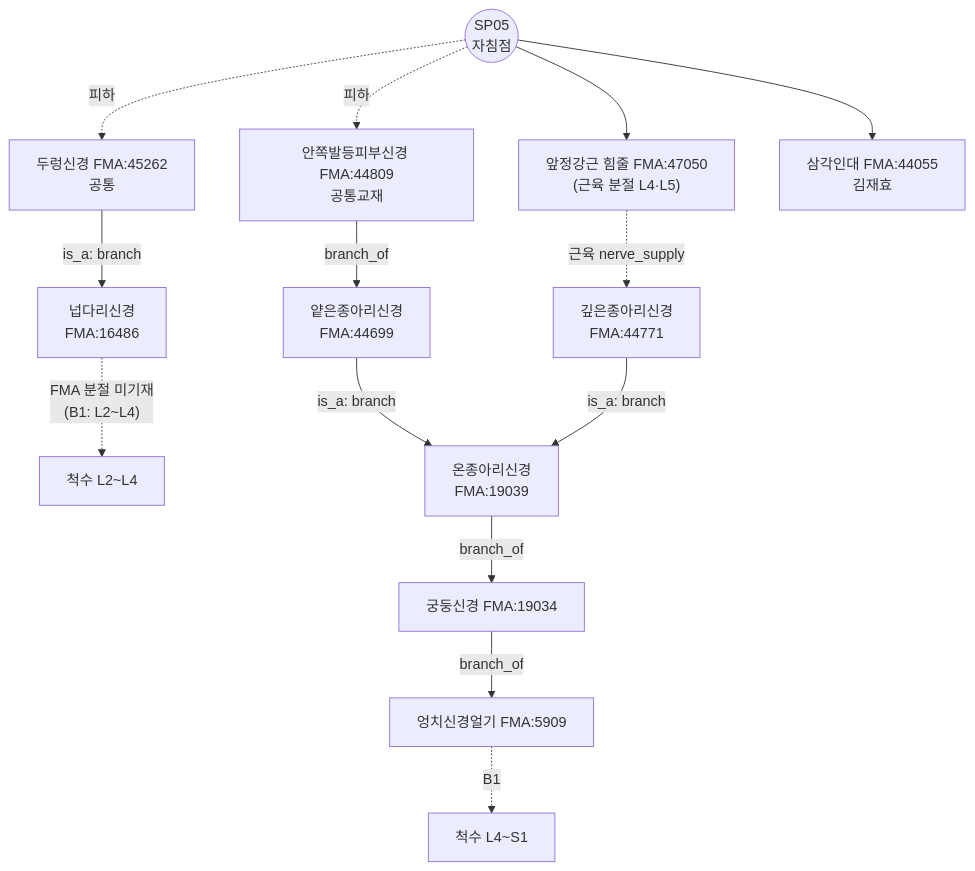
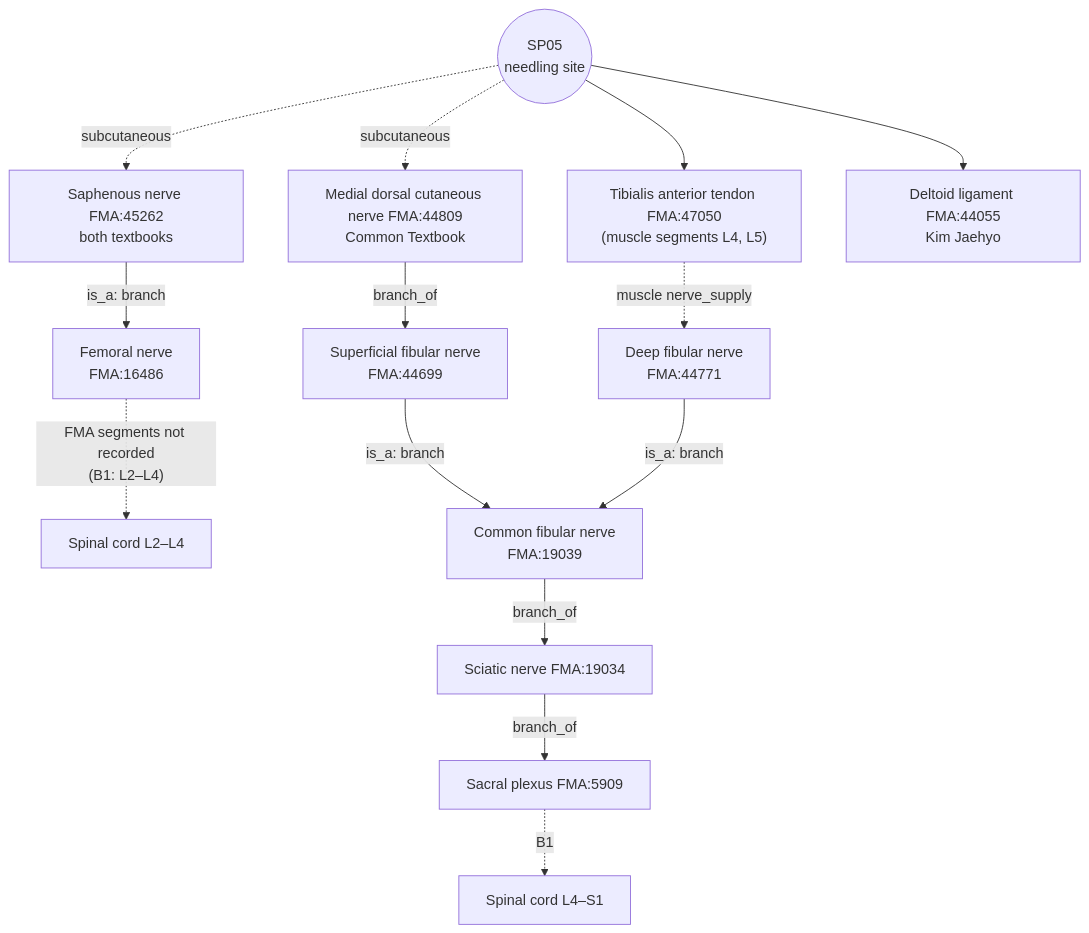
Before and after one commit to jaehyokim-sketch/acupoint_anatomy: the diagram in 01_경혈별_해부생리_분석보고서/SP_족태음비경/SP05_상구/SP05_상구_해부생리_실체판명_보고서_en.md, drawn with Mermaid. The commit also changed other lines of this file and 199 other files, not shown here.

````diff
--- a/01_경혈별_해부생리_분석보고서/SP_족태음비경/SP05_상구/SP05_상구_해부생리_실체판명_보고서_en.md
+++ b/01_경혈별_해부생리_분석보고서/SP_족태음비경/SP05_상구/SP05_상구_해부생리_실체판명_보고서_en.md
@@ -154,16 +155,16 @@
 ```mermaid
 flowchart TB
-  P(("SP05<br/>자침점")) -.피하.-> SAPH["두렁신경 FMA:45262<br/>공통"]
-  P -.피하.-> MDC["안쪽발등피부신경 FMA:44809<br/>공통교재"]
-  P --> TAT["앞정강근 힘줄 FMA:47050<br/>(근육 분절 L4·L5)"]
-  P --> DEL["삼각인대 FMA:44055<br/>김재효"]
-  SAPH -- "is_a: branch" --> FEM["넙다리신경<br/>FMA:16486"]
-  FEM -. "FMA 분절 미기재<br/>(B1: L2~L4)" .-> SEGA["척수 L2~L4"]
-  MDC -- "branch_of" --> SFN["얕은종아리신경<br/>FMA:44699"]
-  SFN -- "is_a: branch" --> CFN["온종아리신경<br/>FMA:19039"]
-  CFN -- branch_of --> SCI["궁둥신경 FMA:19034"]
-  SCI -- branch_of --> SAC["엉치신경얼기 FMA:5909"]
-  TAT -. "근육 nerve_supply" .-> DFN["깊은종아리신경<br/>FMA:44771"]
+  P(("SP05<br/>needling site")) -.subcutaneous.-> SAPH["Saphenous nerve FMA:45262<br/>both textbooks"]
+  P -.subcutaneous.-> MDC["Medial dorsal cutaneous nerve FMA:44809<br/>Common Textbook"]
+  P --> TAT["Tibialis anterior tendon FMA:47050<br/>(muscle segments L4, L5)"]
+  P --> DEL["Deltoid ligament FMA:44055<br/>Kim Jaehyo"]
+  SAPH -- "is_a: branch" --> FEM["Femoral nerve<br/>FMA:16486"]
+  FEM -. "FMA segments not recorded<br/>(B1: L2–L4)" .-> SEGA["Spinal cord L2–L4"]
+  MDC -- "branch_of" --> SFN["Superficial fibular nerve<br/>FMA:44699"]
+  SFN -- "is_a: branch" --> CFN["Common fibular nerve<br/>FMA:19039"]
+  CFN -- branch_of --> SCI["Sciatic nerve FMA:19034"]
+  SCI -- branch_of --> SAC["Sacral plexus FMA:5909"]
+  TAT -. "muscle nerve_supply" .-> DFN["Deep fibular nerve<br/>FMA:44771"]
   DFN -- "is_a: branch" --> CFN
-  SAC -. "B1" .-> SEGB["척수 L4~S1"]
+  SAC -. "B1" .-> SEGB["Spinal cord L4–S1"]
 ```
````
